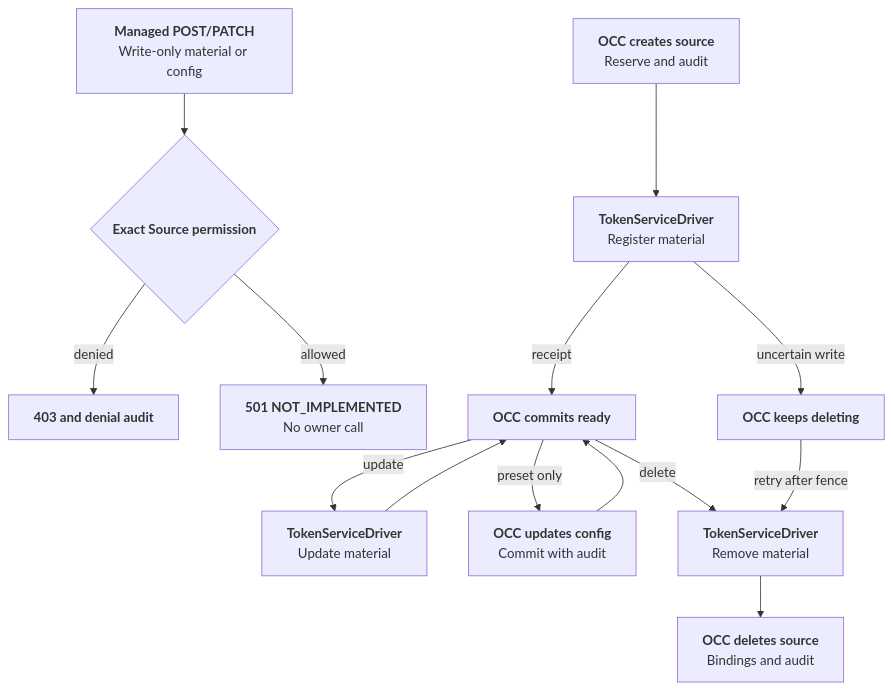
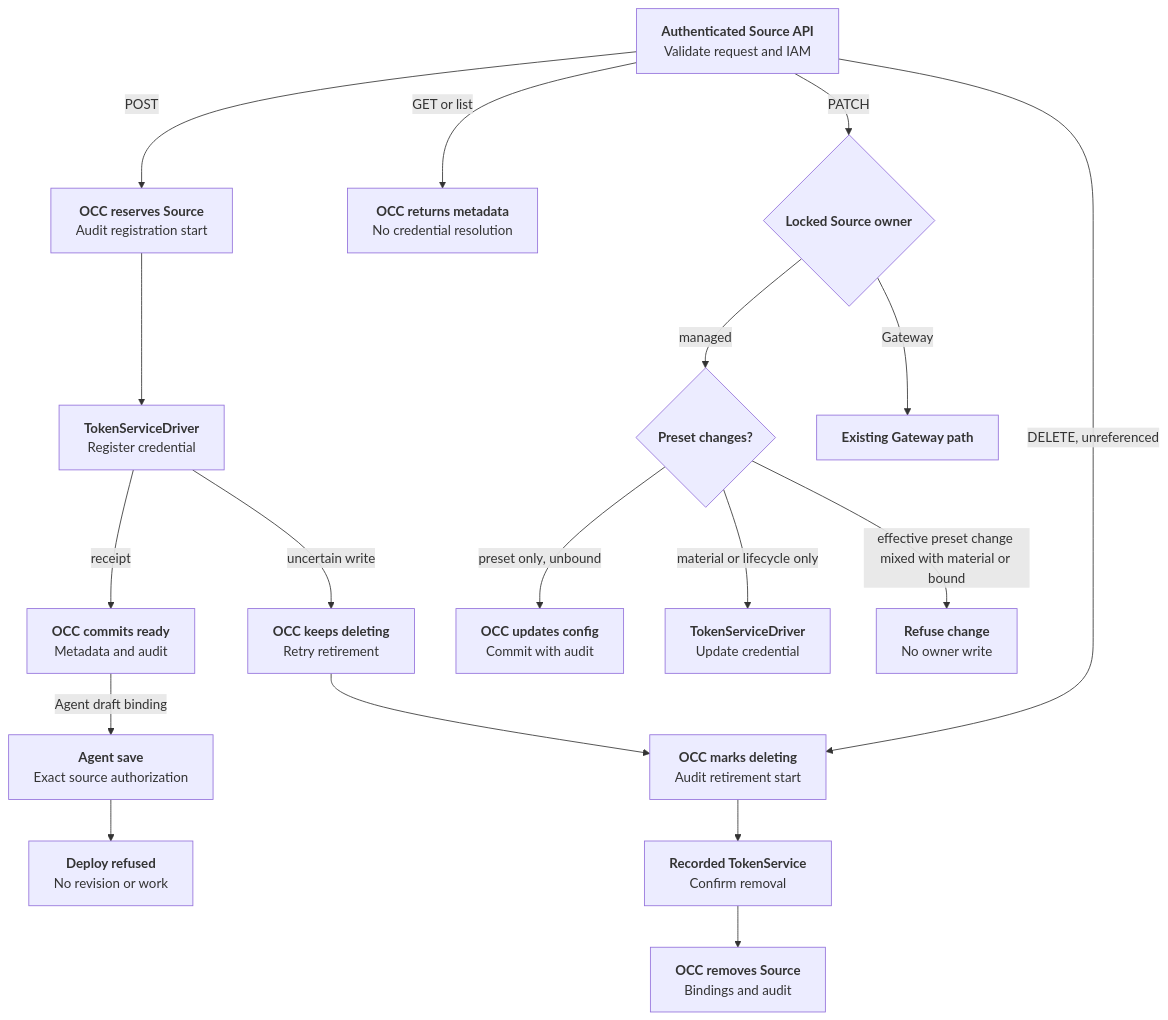
The diagram in docs/flows/token-service-static-custody.md (openclaw/openclaw-enterprise), drawn with Mermaid before and after one commit. The commit also changed other lines of this file and 14 other files, not shown here.

Commit message:
Implement managed static Source enrollment and retirement

````diff
--- a/docs/flows/token-service-static-custody.md
+++ b/docs/flows/token-service-static-custody.md
@@ -32,16 +33,20 @@
 ```mermaid
 graph TD
-  P["<b>Managed POST/PATCH</b><br/>Write-only material or config"] --> Q{"<b>Exact Source permission</b>"}
-  Q -->|denied| R["<b>403 and denial audit</b>"]
-  Q -->|allowed| S["<b>501 NOT_IMPLEMENTED</b><br/>No owner call"]
-  A["<b>OCC creates source</b><br/>Reserve and audit"] --> B["<b>TokenServiceDriver</b><br/>Register material"]
-  B -->|receipt| C["<b>OCC commits ready</b>"]
-  B -->|uncertain write| D["<b>OCC keeps deleting</b>"]
-  C -->|update| E["<b>TokenServiceDriver</b><br/>Update material"]
-  E --> C
-  C -->|preset only| H["<b>OCC updates config</b><br/>Commit with audit"]
-  H --> C
-  C -->|delete| F["<b>TokenServiceDriver</b><br/>Remove material"]
-  D -->|retry after fence| F
-  F --> G["<b>OCC deletes source</b><br/>Bindings and audit"]
+  A["<b>Authenticated Source API</b><br/>Validate request and IAM"] -->|POST| B["<b>OCC reserves Source</b><br/>Audit registration start"]
+  B --> C["<b>TokenServiceDriver</b><br/>Register credential"]
+  C -->|receipt| D["<b>OCC commits ready</b><br/>Metadata and audit"]
+  C -->|uncertain write| E["<b>OCC keeps deleting</b><br/>Retry retirement"]
+  A -->|GET or list| F["<b>OCC returns metadata</b><br/>No credential resolution"]
+  A -->|PATCH| G{"<b>Locked Source owner</b>"}
+  G -->|managed| H{"<b>Preset changes?</b>"}
+  H -->|preset only, unbound| I["<b>OCC updates config</b><br/>Commit with audit"]
+  H -->|material or lifecycle only| J["<b>TokenServiceDriver</b><br/>Update credential"]
+  H -->|effective preset change mixed with material or bound| X["<b>Refuse change</b><br/>No owner write"]
+  G -->|Gateway| K["<b>Existing Gateway path</b>"]
+  A -->|DELETE, unreferenced| L["<b>OCC marks deleting</b><br/>Audit retirement start"]
+  E --> L
+  L --> M["<b>Recorded TokenService</b><br/>Confirm removal"]
+  M --> N["<b>OCC removes Source</b><br/>Bindings and audit"]
+  D -->|Agent draft binding| O["<b>Agent save</b><br/>Exact source authorization"]
+  O --> P["<b>Deploy refused</b><br/>No revision or work"]
 ```
````
